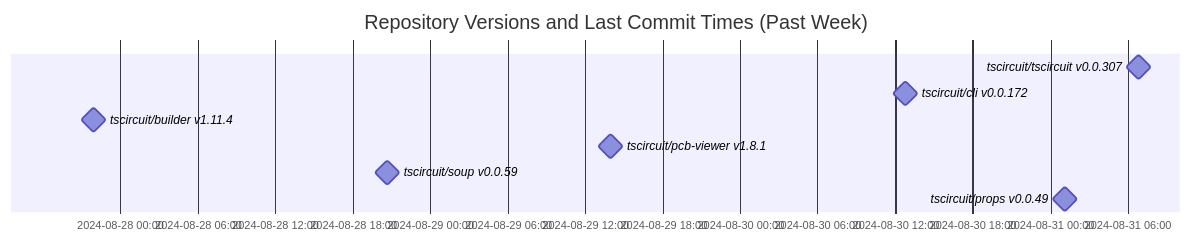
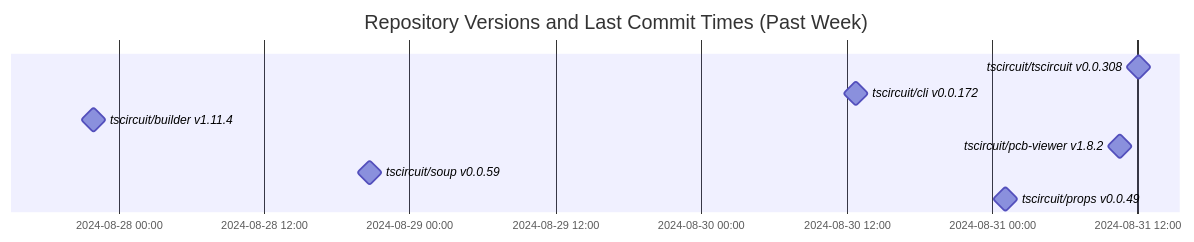
Before and after one commit to tscircuit/version-tracker: the diagram in README.md, drawn with Mermaid.

Commit message:
Update chart

````diff
--- a/README.md
+++ b/README.md
@@ -1,13 +1,13 @@
 ```mermaid
 gantt
   dateFormat  YYYY-MM-DD HH:mm:ss
   title Repository Versions and Last Commit Times (Past Week)
   axisFormat %Y-%m-%d %H:%M
 
-  tscircuit/tscircuit v0.0.307 : milestone, 2024-08-31 06:48:58, 1s
+  tscircuit/tscircuit v0.0.308 : milestone, 2024-08-31 12:03:11, 1s
   tscircuit/cli v0.0.172 : milestone, 2024-08-30 12:48:12, 1s
   tscircuit/builder v1.11.4 : milestone, 2024-08-27 21:56:45, 1s
-  tscircuit/pcb-viewer v1.8.1 : milestone, 2024-08-29 13:56:55, 1s
+  tscircuit/pcb-viewer v1.8.2 : milestone, 2024-08-31 10:30:56, 1s
   tscircuit/soup v0.0.59 : milestone, 2024-08-28 20:42:30, 1s
   tscircuit/props v0.0.49 : milestone, 2024-08-31 01:05:09, 1s
 ```
````
